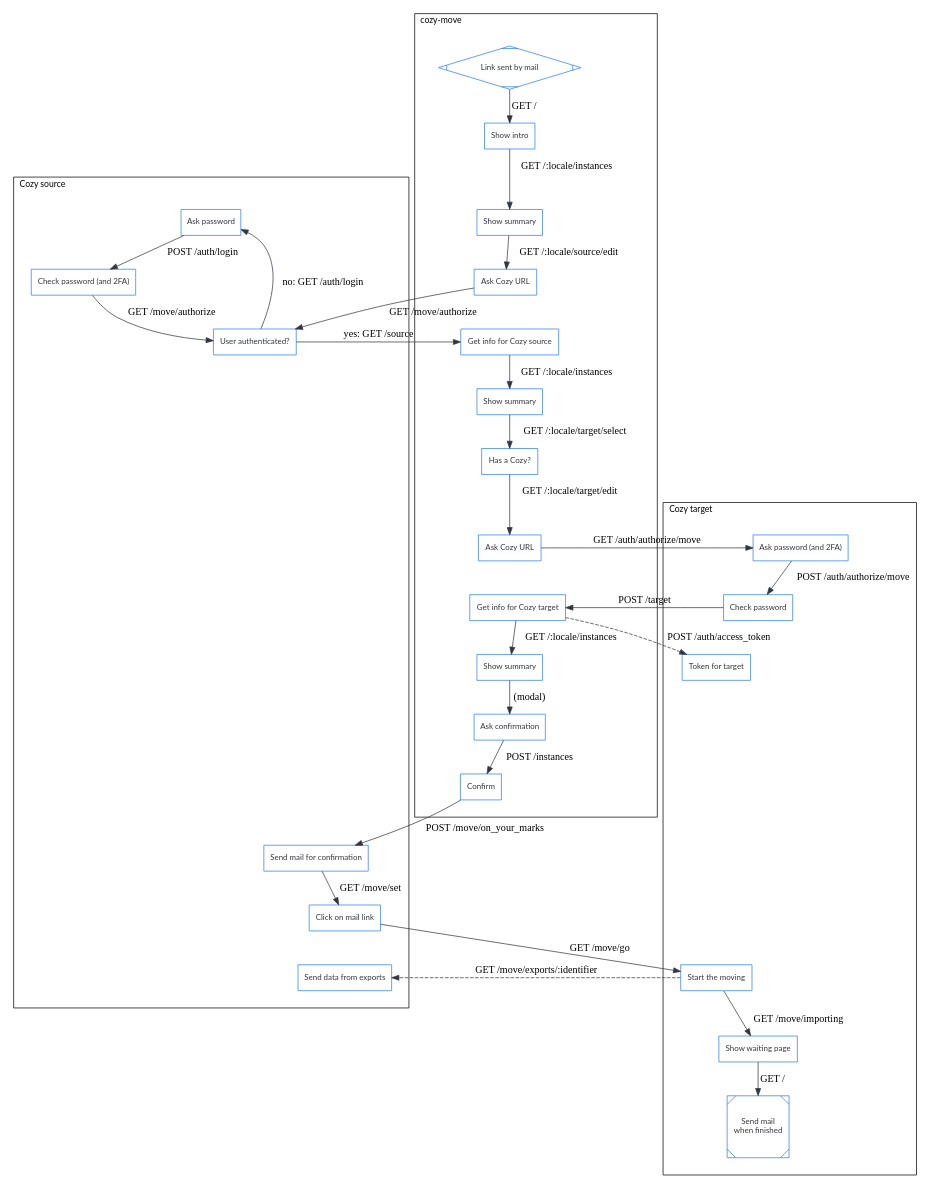
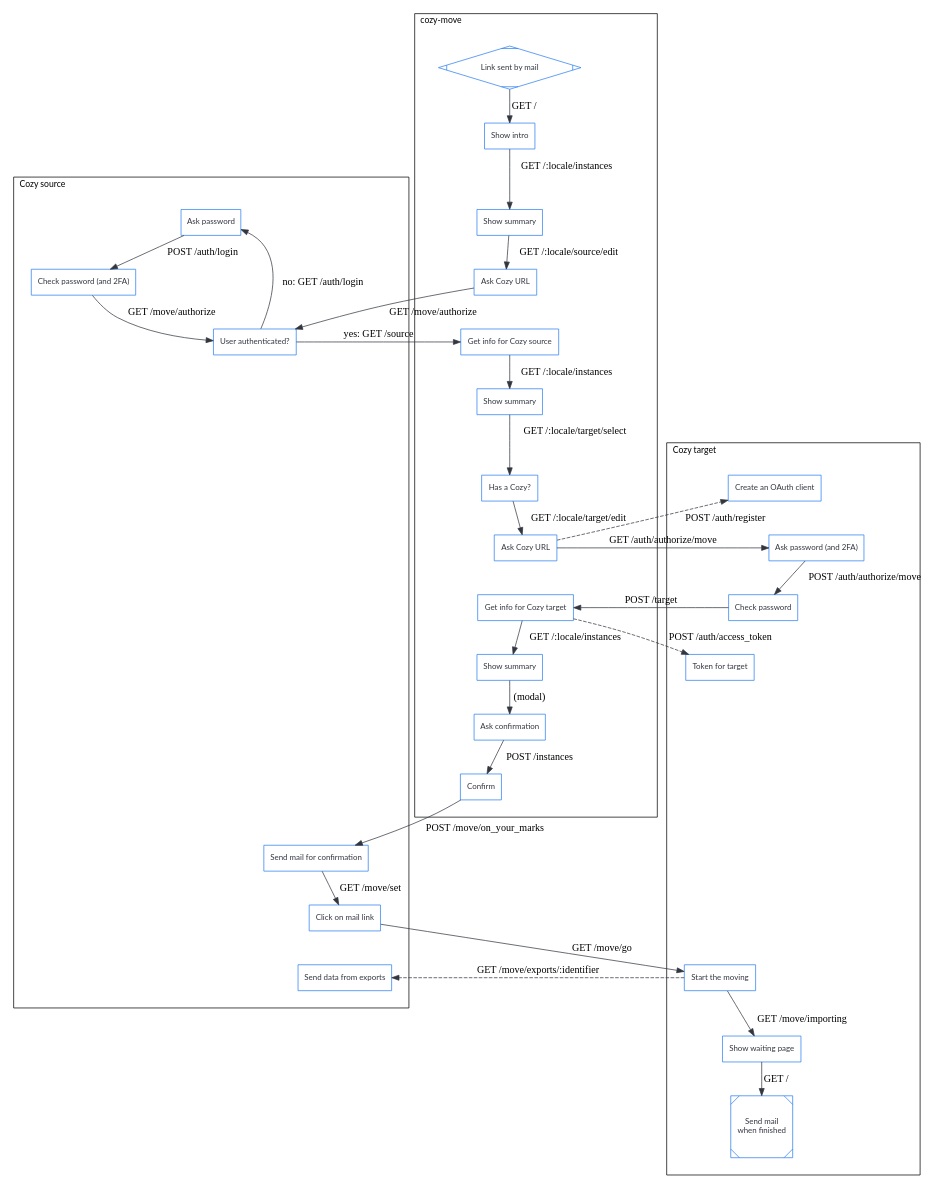
One commit to cozy/cozy-move changed the diagram in docs/from-cozy-move.gv. Above: the diagram before and after it, drawn with Graphviz. The commit also changed 3 other files, not shown here.

Commit message:
Add client registration to worflow diagrams

```diff
--- a/docs/from-cozy-move.gv
+++ b/docs/from-cozy-move.gv
@@ -1,83 +1,86 @@
 digraph bitwarden {
 	graph [splines=true];
 	node [shape="box", fontname="lato", fontsize=11, margin=0.12, color="#297EF2", fontcolor="#32363F"];
 	edge [color="#32363F"];
 	ranksep=0.45; nodesep=1.5;
 
 	// Hidden, to order the clusters
 	s_export_2 -> m_edit_1 [style="invis"]
 
 	subgraph cluster_source {
 		label="Cozy source"; labeljust="l"; fontname="lato"; fontsize=12; margin=24; rankdir=TB;
 		s_export [label="User authenticated?"]
 		s_export_2 [label="Ask password"]
 		s_export_3 [label="Check password (and 2FA)"]
 		s_confirm [label="Send mail for confirmation"]
 		s_mail [label="Click on mail link"]
 		s_data [label="Send data from exports"]
 		s_fake_1, s_fake_2, s_fake_3, s_fake_4, s_fake_5, s_fake_6, s_fake_7 [style="invis"]
 	}
 
 	subgraph cluster_move {
 		label="cozy-move"; labeljust="l"; fontname="lato"; fontsize=12; margin=24;
 		m_init [label="Link sent by mail"; shape="Mdiamond"]
 		m_index_1 [label="Show summary"]
 		m_edit_1 [label="Ask Cozy URL"]
 		m_source [label="Get info for Cozy source"]
 		m_intro [label="Show intro"]
 		m_index_2 [label="Show summary"]
 		m_select [label="Has a Cozy?"]
 		m_edit_2 [label="Ask Cozy URL"]
 		m_target [label="Get info for Cozy target"]
 		m_index_3 [label="Show summary"]
 		m_warning [label="Ask confirmation"]
 		m_confirm [label="Confirm"]
 	}
 
 	subgraph cluster_target {
 		label="Cozy target"; labeljust="l"; fontname="lato"; fontsize=12; margin=24;
+		t_register [label="Create an OAuth client"]
 		t_export [label="Ask password (and 2FA)"]
 		t_export_2 [label="Check password"]
 		t_token [label="Token for target"]
 		t_run [label="Start the moving"]
 		t_wait [label="Show waiting page"]
 		t_done [label="Send mail\nwhen finished"; shape="Msquare"]
 		t_fake_1, t_fake_2, t_fake_3, t_fake_4 [style="invis"]
 	}
 
 	// User
 	m_init -> m_intro [label="GET /"]
 	m_intro -> m_index_1 [label="GET /:locale/instances"]
 	m_index_1 -> m_edit_1 [label="GET /:locale/source/edit"]
 	m_edit_1 -> s_export [label="GET /move/authorize"]
 	s_export -> s_export_2 [label="no: GET /auth/login"; constraint=false]
 	s_export_2 -> s_export_3 [label="POST /auth/login"]
 	s_export_3 -> s_export [label="GET /move/authorize"]
 	s_export -> m_source [label="yes: GET /source"]
 	m_source -> m_index_2 [label="GET /:locale/instances"]
 	m_index_2 -> m_select [label="GET /:locale/target/select"]
 	m_select -> m_edit_2 [label="GET /:locale/target/edit"]
 	m_edit_2 -> t_export [label="GET /auth/authorize/move"]
 	t_export -> t_export_2 [label="POST /auth/authorize/move"]
 	t_export_2 -> m_target [label="POST /target"]
 	m_target -> m_index_3 [label="GET /:locale/instances"]
 	m_index_3 -> m_warning [label="(modal)"]
 	m_warning -> m_confirm [label="POST /instances"]
 	m_confirm -> s_confirm [label="POST /move/on_your_marks"]
 	s_confirm -> s_mail [label="GET /move/set"]
 	s_mail -> t_run [label="GET /move/go"]
 	t_run -> t_wait [label="GET /move/importing"]
 	t_wait -> t_done [label="GET /"]
 
 	// Server to server
+	m_edit_2 -> t_register [label="POST /auth/register"; style="dashed"]
 	m_target -> t_token [label="POST /auth/access_token"; style="dashed"]
 	t_run -> s_data [label="GET /move/exports/:identifier"; style="dashed"]
 
 	// Hidden, just to preserve order between nodes inside clusters
 	s_export -> s_fake_1 -> s_fake_2 -> s_fake_3 -> s_fake_4 -> s_fake_5 -> s_fake_6 -> s_fake_7 -> s_confirm [style="invis"]
 	s_mail -> s_data [style="invis"]
 	m_edit_1 -> m_source [style="invis"]
 	m_edit_2 -> m_target [style="invis"]
+	t_register -> t_export [style="invis"]
 	t_export_2 -> t_token [style="invis"]
 	t_token -> t_fake_1 -> t_fake_2 -> t_fake_3 -> t_fake_4 -> t_run [style="invis"]
 }
```
